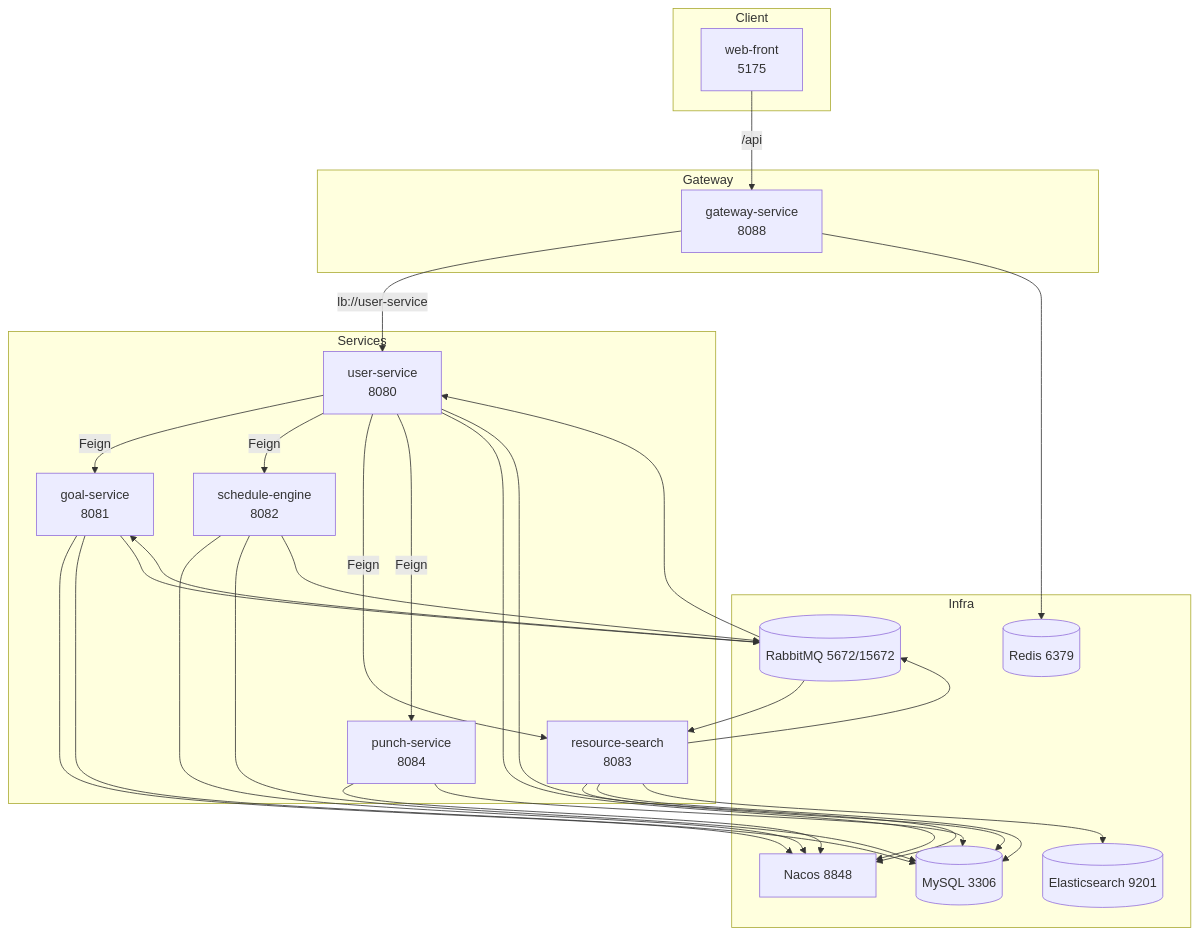
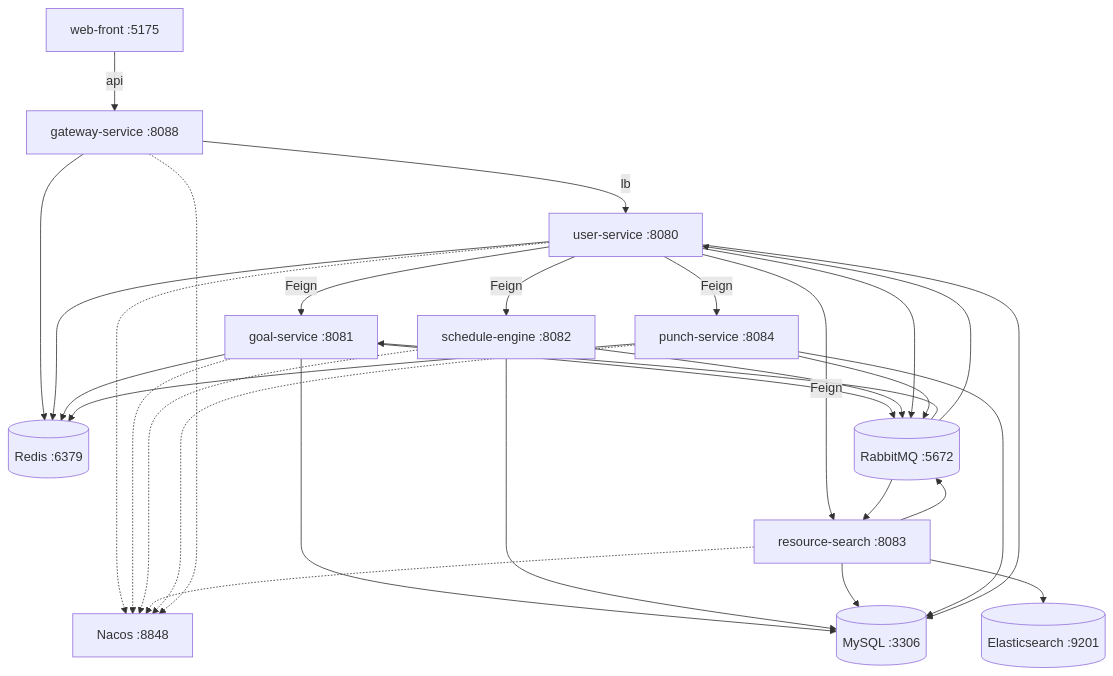
Before and after one commit to Charlen2024/SmartPlanner: the diagram in README.md, drawn with Mermaid. The commit also changed other lines of this file and 88 other files, not shown here.

Commit message:
fix: restore notification bell, 2048 menu, agent, glass snackbar, SSE retry, task advice Redis cache, schedule filter priority, crawler startup

````diff
--- a/README.md
+++ b/README.md
@@ -69,54 +70,51 @@
 ```mermaid
 graph TB
-  subgraph Client
-    Web[web-front<br/>5175]
-  end
+  Web["web-front :5175"]
+  GW["gateway-service :8088"]
+  US["user-service :8080"]
+  GS["goal-service :8081"]
+  SE["schedule-engine :8082"]
+  RS["resource-search :8083"]
+  PS["punch-service :8084"]
+  Nacos["Nacos :8848"]
+  MySQL[("MySQL :3306")]
+  Redis[("Redis :6379")]
+  MQ[("RabbitMQ :5672")]
+  ES[("Elasticsearch :9201")]
 
-  subgraph Gateway
-    GW[gateway-service<br/>8088]
-  end
-
-  subgraph Services
-    US[user-service<br/>8080]
-    GS[goal-service<br/>8081]
-    SE[schedule-engine<br/>8082]
-    RS[resource-search<br/>8083]
-    PS[punch-service<br/>8084]
-  end
-
-  subgraph Infra
-    Nacos[Nacos 8848]
-    MySQL[(MySQL 3306)]
-    Redis[(Redis 6379)]
-    MQ[(RabbitMQ 5672/15672)]
-    ES[(Elasticsearch 9201)]
-  end
-
-  Web -->|/api| GW -->|lb://user-service| US
+  Web -->|api| GW
+  GW -->|lb| US
   US -->|Feign| GS
   US -->|Feign| SE
   US -->|Feign| RS
   US -->|Feign| PS
 
   GW --> Redis
-  US --> Nacos
-  GS --> Nacos
-  SE --> Nacos
-  RS --> Nacos
-  PS --> Nacos
+  US --> Redis
+  GS --> Redis
+  PS --> Redis
+
+  US -.-> Nacos
+  GS -.-> Nacos
+  SE -.-> Nacos
+  RS -.-> Nacos
+  PS -.-> Nacos
+  GW -.-> Nacos
 
   GS --> MySQL
   SE --> MySQL
   RS --> MySQL
   PS --> MySQL
   US --> MySQL
 
   GS --> MQ
   SE --> MQ
   RS --> MQ
+  US --> MQ
+  PS --> MQ
   MQ --> GS
   MQ --> US
   MQ --> RS
 
   RS --> ES
 ```
````
